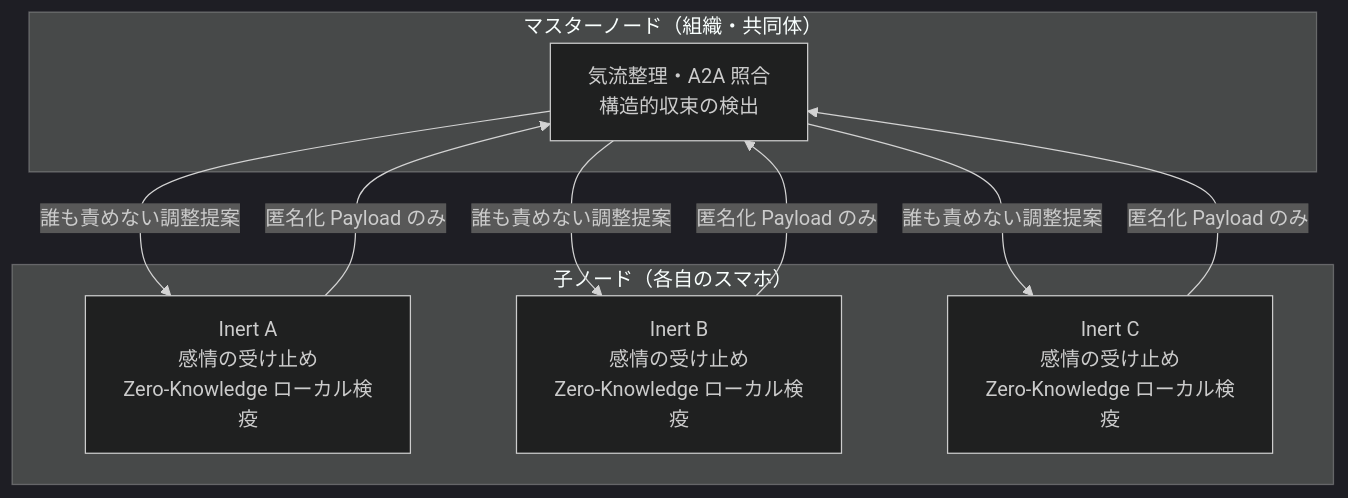
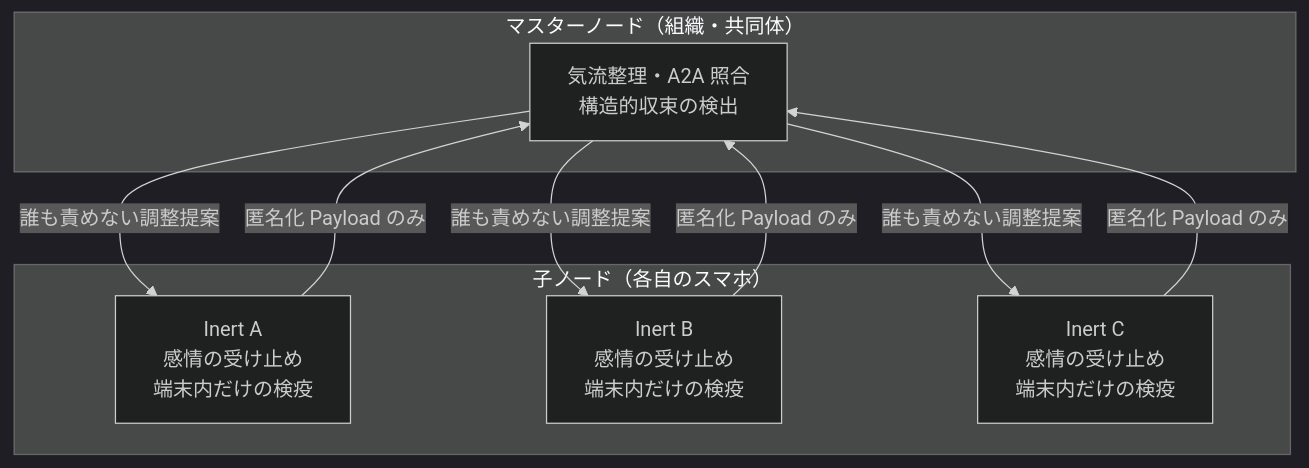
One commit to projectLEAN727/Inert changed the fifth of 5 diagrams in README.md. Above: the diagram before and after it, drawn with Mermaid (dark theme). The commit also changed other lines of this file and 3 other files, not shown here.

````diff
--- a/README.md
+++ b/README.md
@@ -345,17 +360,17 @@
 ```mermaid
 flowchart TB
     subgraph Master["マスターノード（組織・共同体）"]
       MN["気流整理・A2A 照合<br/>構造的収束の検出"]
     end
     subgraph Children["子ノード（各自のスマホ）"]
-      C1["Inert A<br/>感情の受け止め<br/>Zero-Knowledge ローカル検疫"]
-      C2["Inert B<br/>感情の受け止め<br/>Zero-Knowledge ローカル検疫"]
-      C3["Inert C<br/>感情の受け止め<br/>Zero-Knowledge ローカル検疫"]
+      C1["Inert A<br/>感情の受け止め<br/>端末内だけの検疫"]
+      C2["Inert B<br/>感情の受け止め<br/>端末内だけの検疫"]
+      C3["Inert C<br/>感情の受け止め<br/>端末内だけの検疫"]
     end
     C1 -- "匿名化 Payload のみ" --> MN
     C2 -- "匿名化 Payload のみ" --> MN
     C3 -- "匿名化 Payload のみ" --> MN
     MN -- "誰も責めない調整提案" --> C1
     MN -- "誰も責めない調整提案" --> C2
     MN -- "誰も責めない調整提案" --> C3
 ```
````
